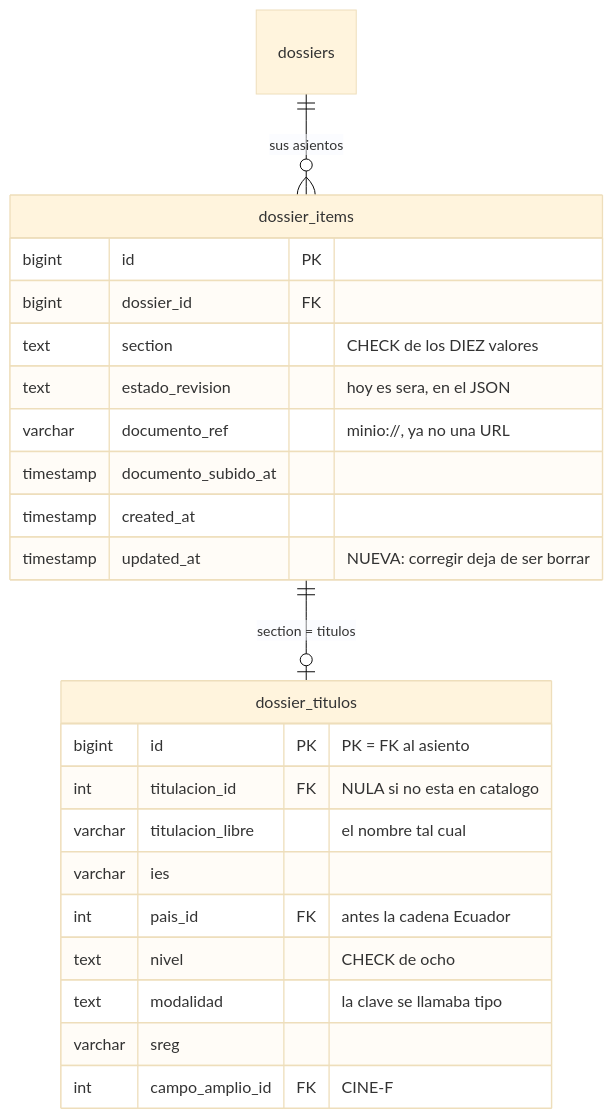
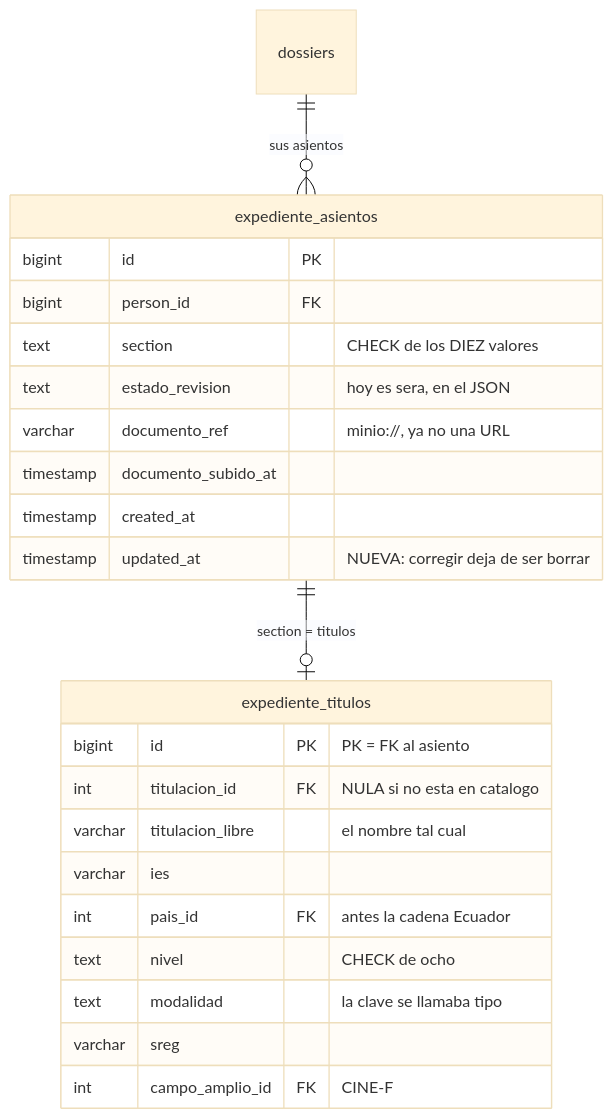
One commit to fresvel/deasy changed the second of 5 diagrams in docs/src/content/docs/complemento/expediente.md. Above: the diagram before and after it, drawn with Mermaid (base theme). The commit also changed other lines of this file and 2 other files, not shown here.

````diff
--- a/docs/src/content/docs/complemento/expediente.md
+++ b/docs/src/content/docs/complemento/expediente.md
@@ -145,28 +145,28 @@
 ```mermaid
 erDiagram
-  dossiers ||--o{ dossier_items : "sus asientos"
-  dossier_items ||--o| dossier_titulos : "section = titulos"
+  dossiers ||--o{ expediente_asientos : "sus asientos"
+  expediente_asientos ||--o| expediente_titulos : "section = titulos"
 
-  dossier_items {
+  expediente_asientos {
     bigint id PK
-    bigint dossier_id FK
+    bigint person_id FK
     text section "CHECK de los DIEZ valores"
     text estado_revision "hoy es sera, en el JSON"
     varchar documento_ref "minio://, ya no una URL"
     timestamp documento_subido_at
     timestamp created_at
     timestamp updated_at "NUEVA: corregir deja de ser borrar"
   }
 
-  dossier_titulos {
+  expediente_titulos {
     bigint id PK "PK = FK al asiento"
     int titulacion_id FK "NULA si no esta en catalogo"
     varchar titulacion_libre "el nombre tal cual"
     varchar ies
     int pais_id FK "antes la cadena Ecuador"
     text nivel "CHECK de ocho"
     text modalidad "la clave se llamaba tipo"
     varchar sreg
     int campo_amplio_id FK "CINE-F"
   }
 ```
````
